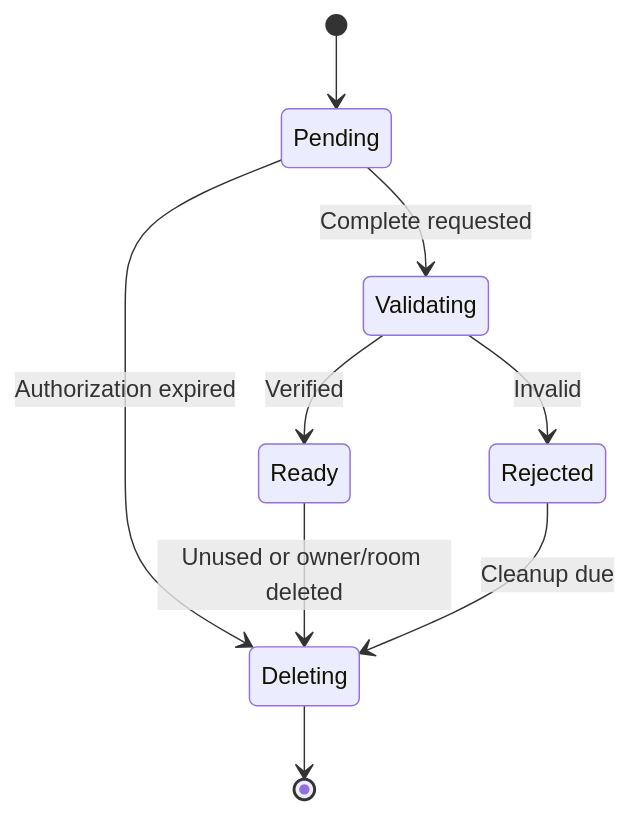
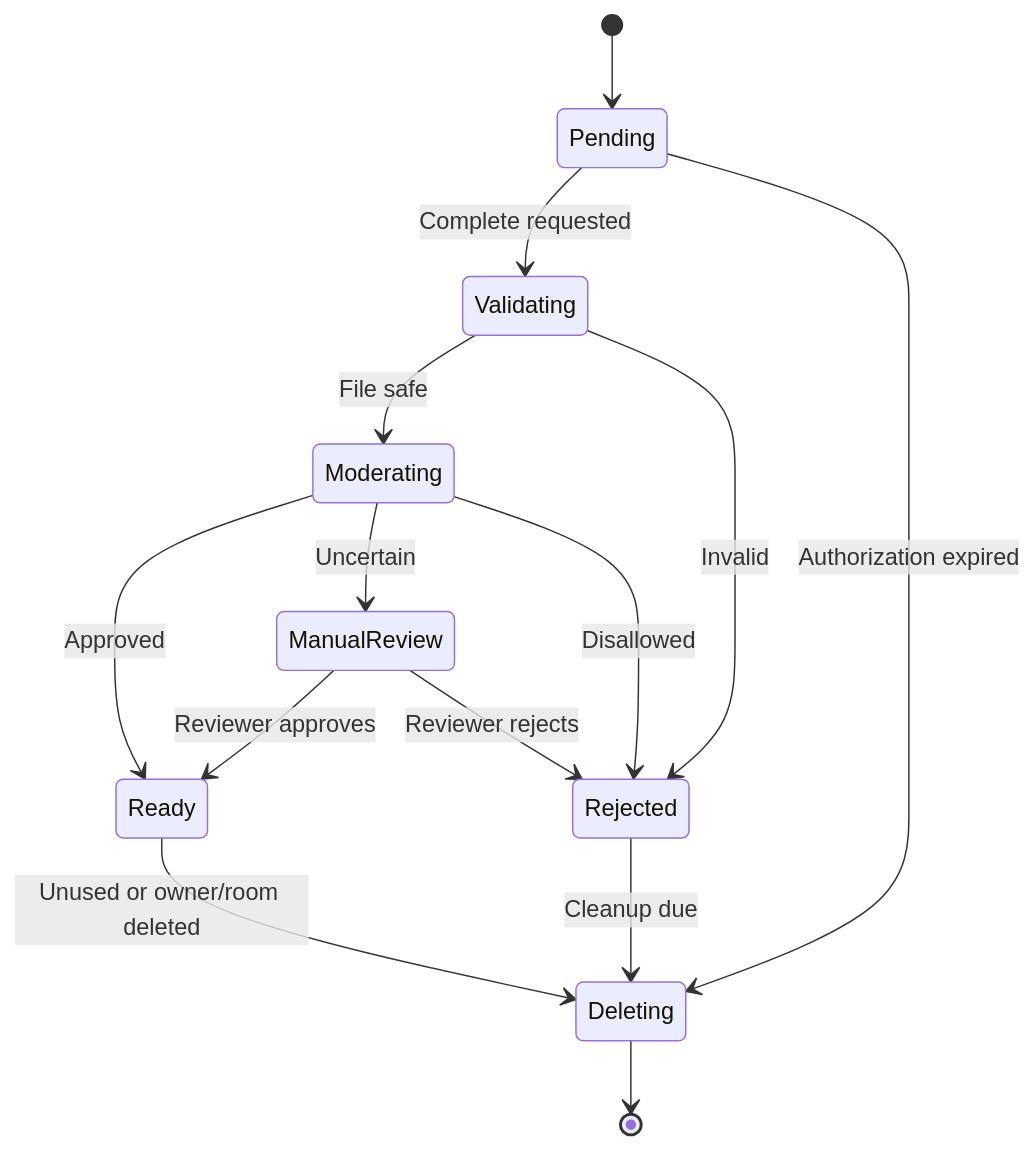
Before and after one commit to cosmoimai/Hyped: the fourth of 4 diagrams in docs/08-lld.md, drawn with Mermaid. The commit also changed other lines of this file, not shown here.

````diff
--- a/docs/08-lld.md
+++ b/docs/08-lld.md
@@ -437,11 +442,16 @@
 ```mermaid
 stateDiagram-v2
     [*] --> Pending
     Pending --> Validating: Complete requested
     Pending --> Deleting: Authorization expired
-    Validating --> Ready: Verified
+    Validating --> Moderating: File safe
     Validating --> Rejected: Invalid
+    Moderating --> Ready: Approved
+    Moderating --> ManualReview: Uncertain
+    Moderating --> Rejected: Disallowed
+    ManualReview --> Ready: Reviewer approves
+    ManualReview --> Rejected: Reviewer rejects
     Ready --> Deleting: Unused or owner/room deleted
     Rejected --> Deleting: Cleanup due
     Deleting --> [*]
 ```
````
